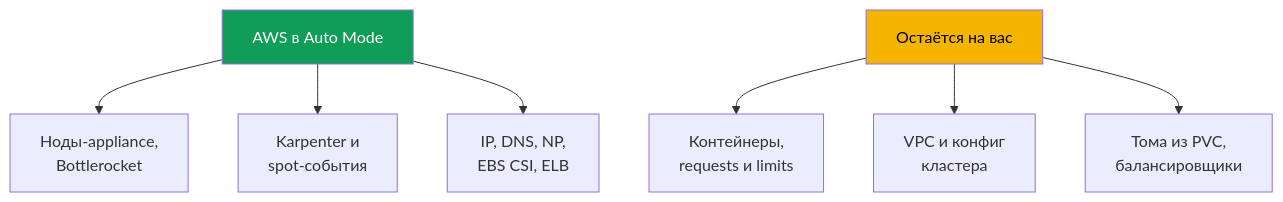
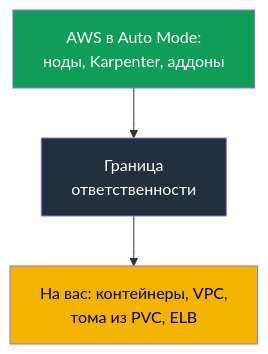
The second of 2 diagrams in tasks/eks/course/09/ru.md (ViktorUJ/cks), drawn with Mermaid before and after one commit. The commit also changed other lines of this file and 52 other files, not shown here.

````diff
--- a/tasks/eks/course/09/ru.md
+++ b/tasks/eks/course/09/ru.md
@@ -191,11 +206,8 @@
 ```mermaid
 flowchart TB
-    aws["AWS в Auto Mode"] --> nodes["Ноды-appliance,<br>Bottlerocket"]
-    aws --> scale["Karpenter и<br>spot-события"]
-    aws --> addons["IP, DNS, NP,<br>EBS CSI, ELB"]
-    you["Остаётся на вас"] --> cont["Контейнеры,<br>requests и limits"]
-    you --> vpc["VPC и конфиг<br>кластера"]
-    you --> vols["Тома из PVC,<br>балансировщики"]
+    aws["AWS в Auto Mode:<br/>ноды, Karpenter, аддоны"] --> border["Граница<br/>ответственности"]
+    border --> you["На вас: контейнеры, VPC,<br/>тома из PVC, ELB"]
     style aws fill:#0f9d58,color:#fff
+    style border fill:#232f3e,color:#fff
     style you fill:#f4b400,color:#000
 ```
````
